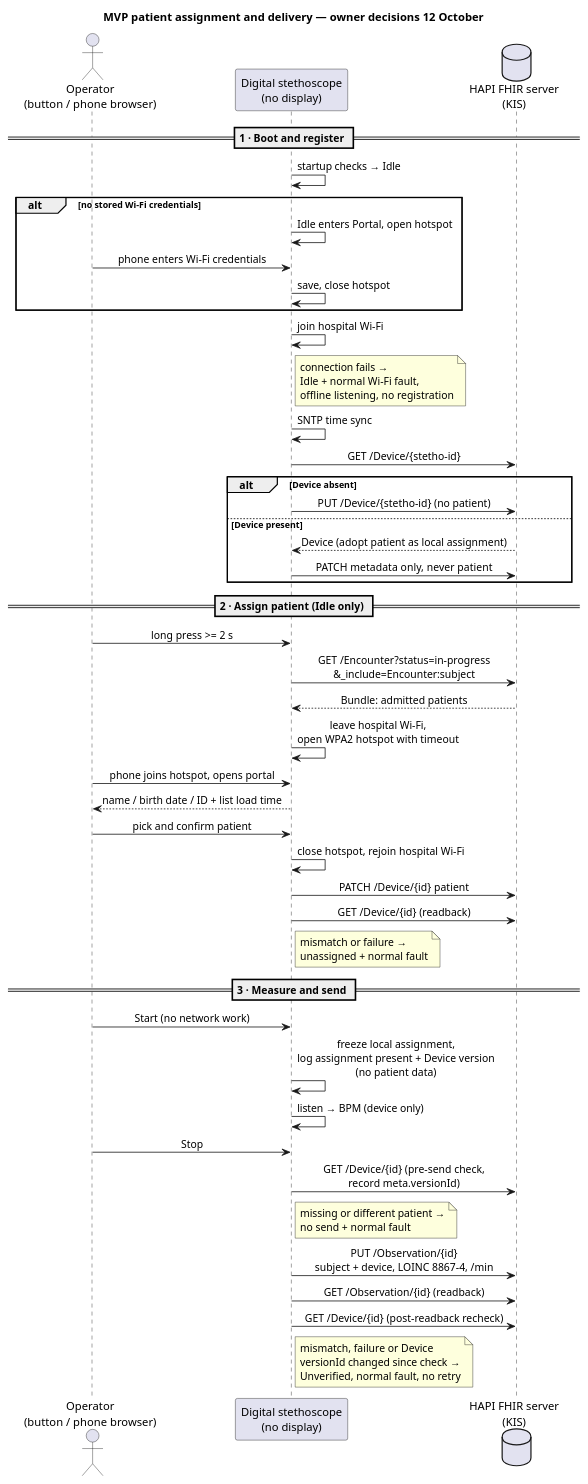
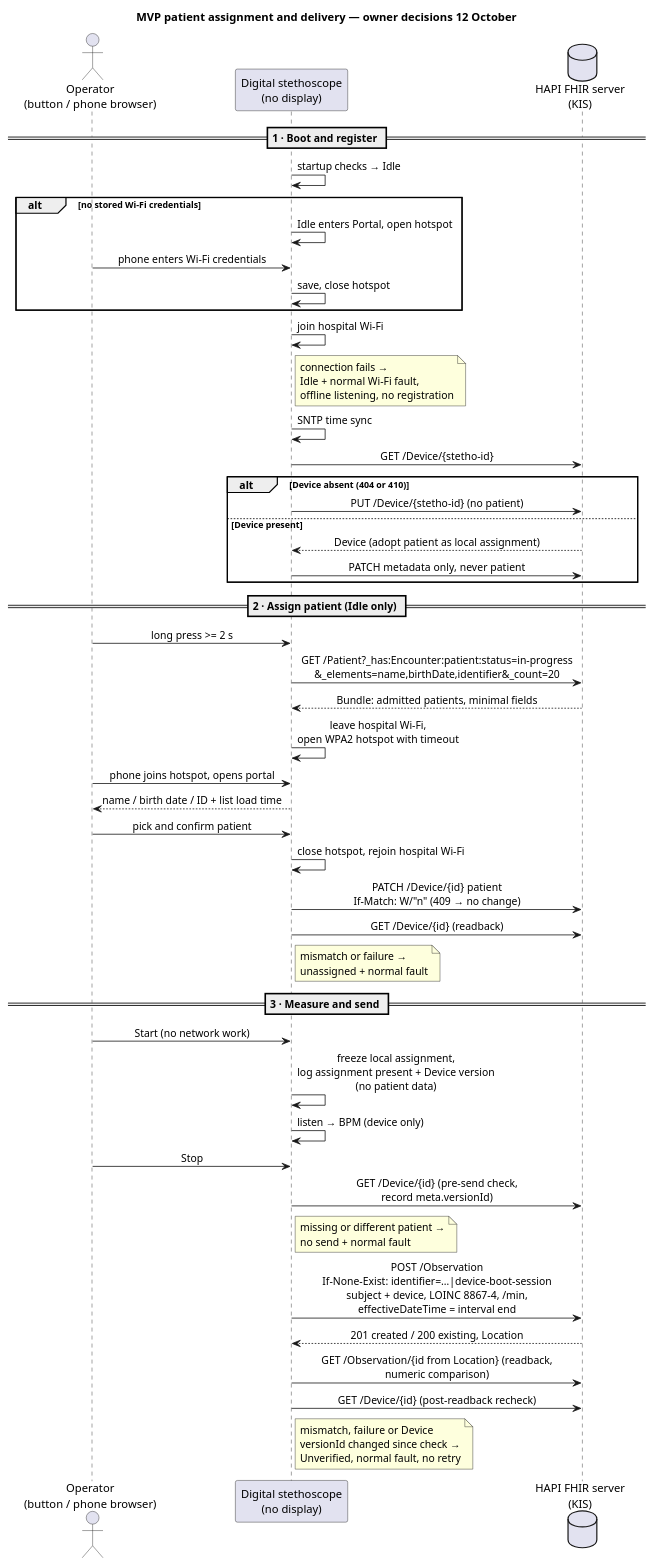
One commit to DemonicPsychoII/DigitalStethoscope changed the diagram in Development/system/architecture/patient-assignment-workflow.puml. Above: the diagram before and after it, drawn with PlantUML. The commit also changed 10 other files, not shown here.

```diff
--- a/Development/system/architecture/patient-assignment-workflow.puml
+++ b/Development/system/architecture/patient-assignment-workflow.puml
@@ -1,52 +1,53 @@
 @startuml patient_assignment_workflow
 skinparam shadowing false
 skinparam defaultFontName SansSerif
 skinparam sequenceMessageAlign center
 title MVP patient assignment and delivery — owner decisions 12 October
 actor "Operator\n(button / phone browser)" as op
 participant "Digital stethoscope\n(no display)" as dev
 database "HAPI FHIR server\n(KIS)" as fhir
 
 == 1 · Boot and register ==
 dev -> dev : startup checks → Idle
 alt no stored Wi-Fi credentials
   dev -> dev : Idle enters Portal, open hotspot
   op -> dev : phone enters Wi-Fi credentials
   dev -> dev : save, close hotspot
 end
 dev -> dev : join hospital Wi-Fi
 note right of dev : connection fails →\nIdle + normal Wi-Fi fault,\noffline listening, no registration
 dev -> dev : SNTP time sync
 dev -> fhir : GET /Device/{stetho-id}
-alt Device absent
+alt Device absent (404 or 410)
   dev -> fhir : PUT /Device/{stetho-id} (no patient)
 else Device present
   fhir --> dev : Device (adopt patient as local assignment)
   dev -> fhir : PATCH metadata only, never patient
 end
 
 == 2 · Assign patient (Idle only) ==
 op -> dev : long press >= 2 s
-dev -> fhir : GET /Encounter?status=in-progress\n&_include=Encounter:subject
-fhir --> dev : Bundle: admitted patients
+dev -> fhir : GET /Patient?_has:Encounter:patient:status=in-progress\n&_elements=name,birthDate,identifier&_count=20
+fhir --> dev : Bundle: admitted patients, minimal fields
 dev -> dev : leave hospital Wi-Fi,\nopen WPA2 hotspot with timeout
 op -> dev : phone joins hotspot, opens portal
 dev --> op : name / birth date / ID + list load time
 op -> dev : pick and confirm patient
 dev -> dev : close hotspot, rejoin hospital Wi-Fi
-dev -> fhir : PATCH /Device/{id} patient
+dev -> fhir : PATCH /Device/{id} patient\nIf-Match: W/"n" (409 → no change)
 dev -> fhir : GET /Device/{id} (readback)
 note right of dev : mismatch or failure →\nunassigned + normal fault
 
 == 3 · Measure and send ==
 op -> dev : Start (no network work)
 dev -> dev : freeze local assignment,\nlog assignment present + Device version\n(no patient data)
 dev -> dev : listen → BPM (device only)
 op -> dev : Stop
 dev -> fhir : GET /Device/{id} (pre-send check,\nrecord meta.versionId)
 note right of dev : missing or different patient →\nno send + normal fault
-dev -> fhir : PUT /Observation/{id}\nsubject + device, LOINC 8867-4, /min
-dev -> fhir : GET /Observation/{id} (readback)
+dev -> fhir : POST /Observation\nIf-None-Exist: identifier=…|device-boot-session\nsubject + device, LOINC 8867-4, /min,\neffectiveDateTime = interval end
+fhir --> dev : 201 created / 200 existing, Location
+dev -> fhir : GET /Observation/{id from Location} (readback,\nnumeric comparison)
 dev -> fhir : GET /Device/{id} (post-readback recheck)
 note right of dev : mismatch, failure or Device\nversionId changed since check →\nUnverified, normal fault, no retry
 @enduml
```
